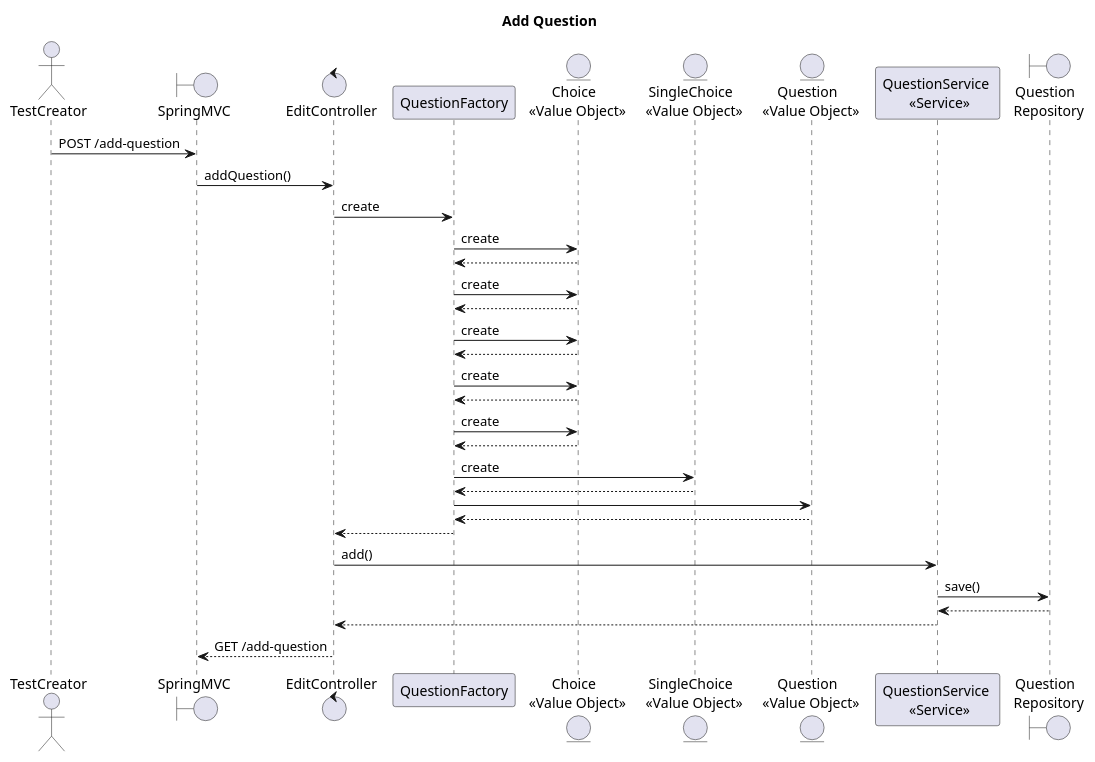
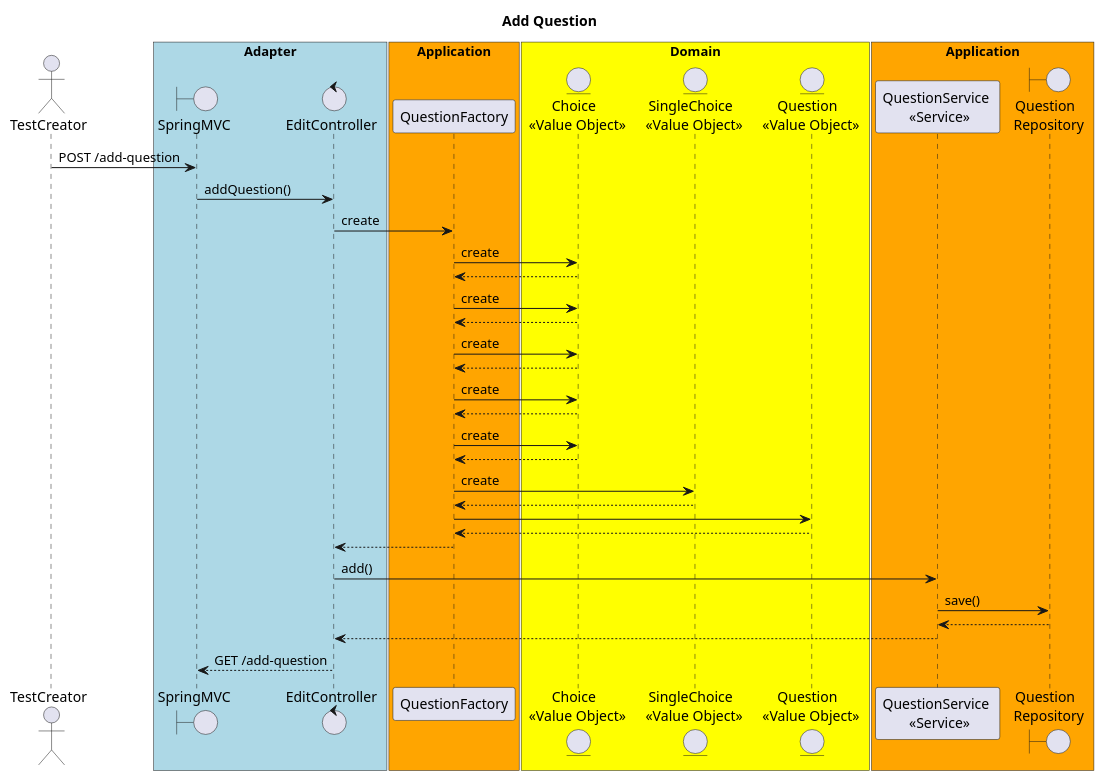
The diagram in src/main/resources/diagrams/addQuestion-sequenceDiagram.puml (TomSpencerLondon/Quiz), drawn with PlantUML before and after one commit. The commit also changed 4 other files, not shown here.

```diff
--- a/src/main/resources/diagrams/addQuestion-sequenceDiagram.puml
+++ b/src/main/resources/diagrams/addQuestion-sequenceDiagram.puml
@@ -1,37 +1,45 @@
 @startuml
 title Add Question
 
 actor       TestCreator as creator
+box "Adapter" #lightblue
 boundary    SpringMVC   as mvc
 control     EditController  as ctrl
+end box
+box "Application" #orange
 participant QuestionFactory as factory
+end box
+box "Domain" #yellow
 entity "Choice \n <<Value Object>>" as choice
 entity "SingleChoice \n <<Value Object>>" as singleChoice
 entity "Question \n <<Value Object>>" as question
+end box
+box "Application" #orange
 participant "QuestionService \n <<Service>>" as service
 boundary "Question \n Repository" as repo
+end box
 
 creator -> mvc : POST /add-question
 mvc -> ctrl : addQuestion()
 ctrl -> factory : create
 factory -> choice : create
 choice --> factory
 factory -> choice : create
 choice --> factory
 factory -> choice : create
 choice --> factory
 factory -> choice : create
 choice --> factory
 factory -> choice : create
 choice --> factory
 factory -> singleChoice : create
 factory <-- singleChoice
 factory -> question
 factory <-- question
 ctrl <-- factory
 ctrl -> service : add()
 service -> repo : save()
 service <-- repo
 ctrl <-- service
 mvc <-- ctrl : GET /add-question
 @enduml
```
